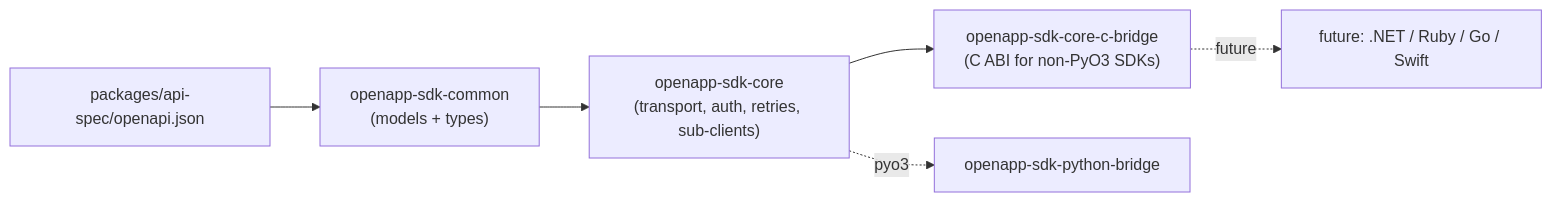
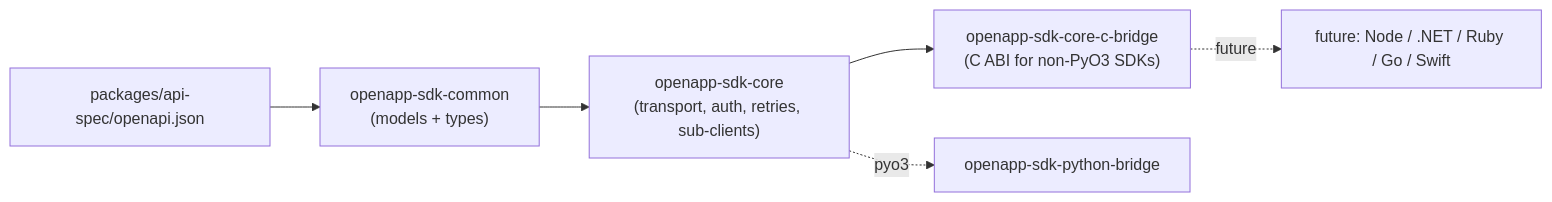
Before and after one commit to tomers/openapp-sdk: the diagram in rust/ARCHITECTURE.md, drawn with Mermaid. The commit also changed 394 other files, not shown here.

````diff
--- a/rust/ARCHITECTURE.md
+++ b/rust/ARCHITECTURE.md
@@ -8,8 +8,8 @@
 ```mermaid
 flowchart LR
   spec["packages/api-spec/openapi.json"] --> common
   common["openapp-sdk-common<br/>(models + types)"] --> core["openapp-sdk-core<br/>(transport, auth, retries, sub-clients)"]
   core --> cbridge["openapp-sdk-core-c-bridge<br/>(C ABI for non-PyO3 SDKs)"]
   core -.pyo3.-> python["openapp-sdk-python-bridge"]
-  cbridge -.future.-> nonpy["future: .NET / Ruby / Go / Swift"]
+  cbridge -.future.-> nonpy["future: Node / .NET / Ruby / Go / Swift"]
 ```
````
